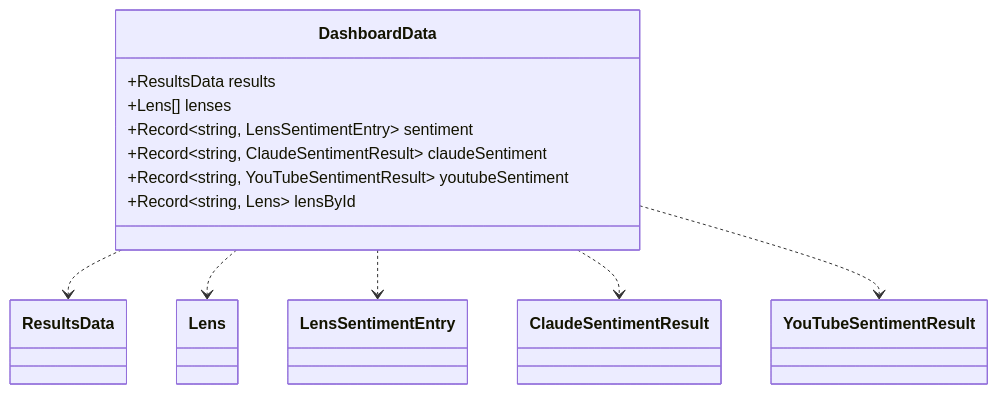
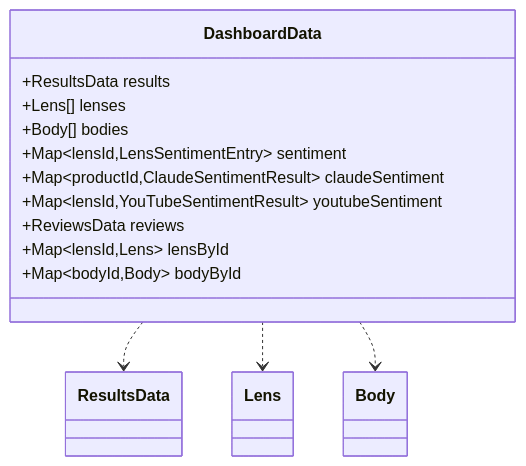
Before and after one commit to kcflip/lenslook: diagram 11 of 12 in docs/DATA_MODELS.md, drawn with Mermaid. The commit also changed other lines of this file and 78 other files, not shown here.

````diff
--- a/docs/DATA_MODELS.md
+++ b/docs/DATA_MODELS.md
@@ -218,17 +424,18 @@
 ```mermaid
 classDiagram
     class DashboardData {
         +ResultsData results
         +Lens[] lenses
-        +Record~string, LensSentimentEntry~ sentiment
-        +Record~string, ClaudeSentimentResult~ claudeSentiment
-        +Record~string, YouTubeSentimentResult~ youtubeSentiment
-        +Record~string, Lens~ lensById
+        +Body[] bodies
+        +Map~lensId,LensSentimentEntry~ sentiment
+        +Map~productId,ClaudeSentimentResult~ claudeSentiment
+        +Map~lensId,YouTubeSentimentResult~ youtubeSentiment
+        +ReviewsData reviews
+        +Map~lensId,Lens~ lensById
+        +Map~bodyId,Body~ bodyById
     }
 
     DashboardData ..> ResultsData
     DashboardData ..> Lens
-    DashboardData ..> LensSentimentEntry
-    DashboardData ..> ClaudeSentimentResult
-    DashboardData ..> YouTubeSentimentResult
+    DashboardData ..> Body
 ```
````
